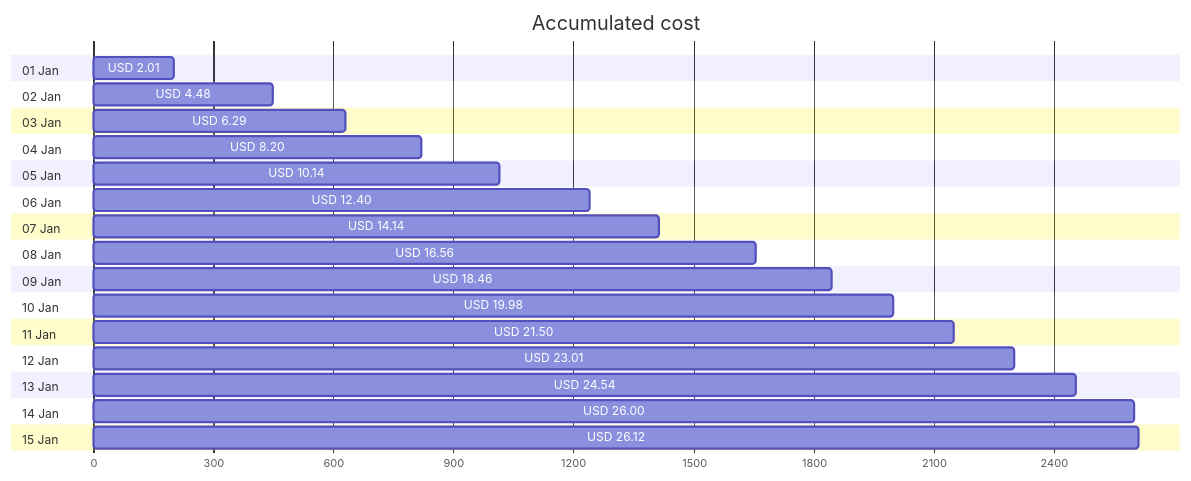
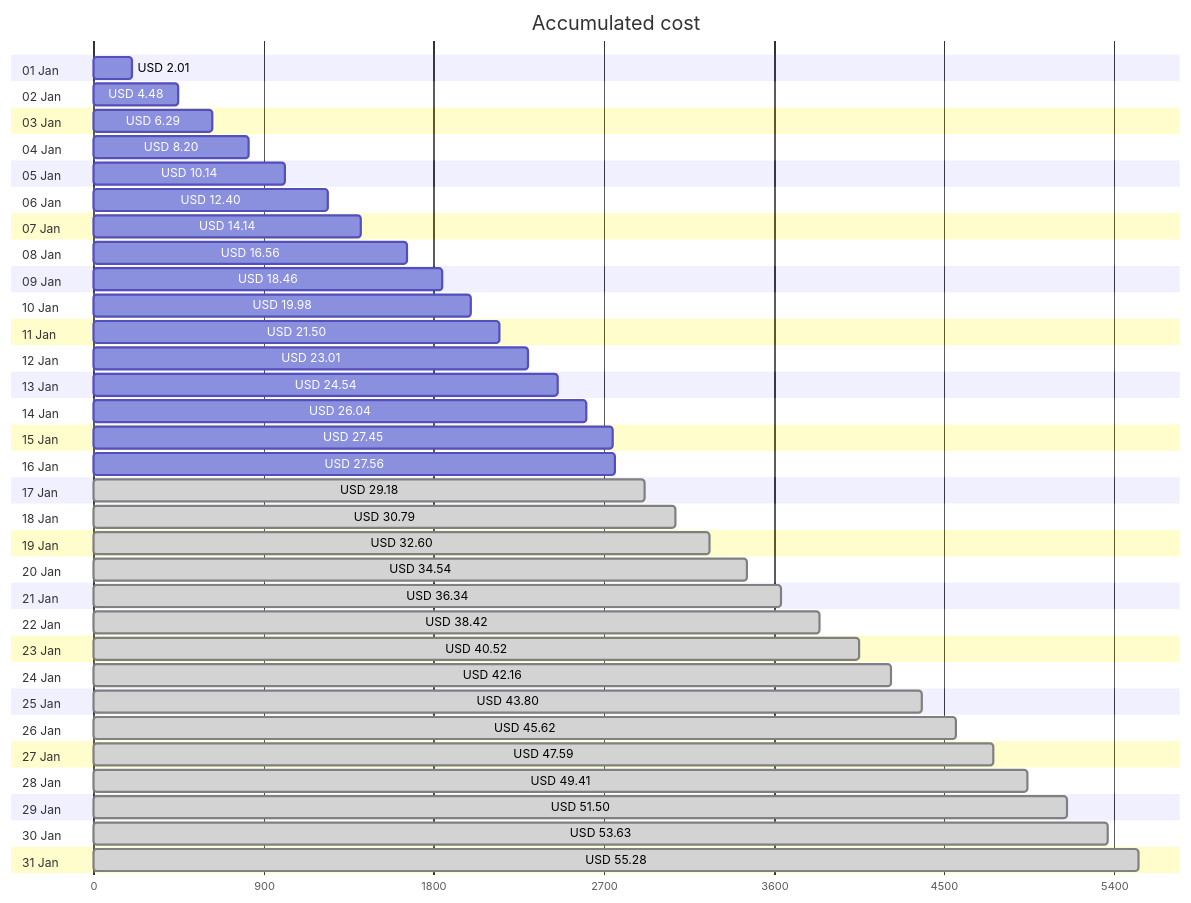
Before and after one commit to jpfulton/azure-personal-reports: the first of 4 diagrams in cost-reports/personal-network/README.md, drawn with Mermaid. The commit also changed other lines of this file and 8 other files, not shown here.

````diff
--- a/cost-reports/personal-network/README.md
+++ b/cost-reports/personal-network/README.md
@@ -20,36 +20,68 @@
 ```mermaid
 gantt
    title Accumulated cost
    dateFormat  X
    axisFormat %s
    section 01 Jan
    USD 2.01 :0, 201
    section 02 Jan
    USD 4.48 :0, 448
    section 03 Jan
    USD 6.29 :0, 629
    section 04 Jan
    USD 8.20 :0, 820
    section 05 Jan
    USD 10.14 :0, 1014
    section 06 Jan
    USD 12.40 :0, 1240
    section 07 Jan
    USD 14.14 :0, 1414
    section 08 Jan
    USD 16.56 :0, 1656
    section 09 Jan
    USD 18.46 :0, 1846
    section 10 Jan
    USD 19.98 :0, 1998
    section 11 Jan
    USD 21.50 :0, 2150
    section 12 Jan
    USD 23.01 :0, 2301
    section 13 Jan
    USD 24.54 :0, 2454
    section 14 Jan
-   USD 26.00 :0, 2600
+   USD 26.04 :0, 2604
    section 15 Jan
-   USD 26.12 :0, 2612
+   USD 27.45 :0, 2745
+   section 16 Jan
+   USD 27.56 :0, 2756
+   section 17 Jan
+   USD 29.18 : done, 0, 2918
+   section 18 Jan
+   USD 30.79 : done, 0, 3079
+   section 19 Jan
+   USD 32.60 : done, 0, 3260
+   section 20 Jan
+   USD 34.54 : done, 0, 3454
+   section 21 Jan
+   USD 36.34 : done, 0, 3634
+   section 22 Jan
+   USD 38.42 : done, 0, 3842
+   section 23 Jan
+   USD 40.52 : done, 0, 4052
+   section 24 Jan
+   USD 42.16 : done, 0, 4216
+   section 25 Jan
+   USD 43.80 : done, 0, 4380
+   section 26 Jan
+   USD 45.62 : done, 0, 4562
+   section 27 Jan
+   USD 47.59 : done, 0, 4759
+   section 28 Jan
+   USD 49.41 : done, 0, 4941
+   section 29 Jan
+   USD 51.50 : done, 0, 5150
+   section 30 Jan
+   USD 53.63 : done, 0, 5363
+   section 31 Jan
+   USD 55.28 : done, 0, 5528
 ```
````
